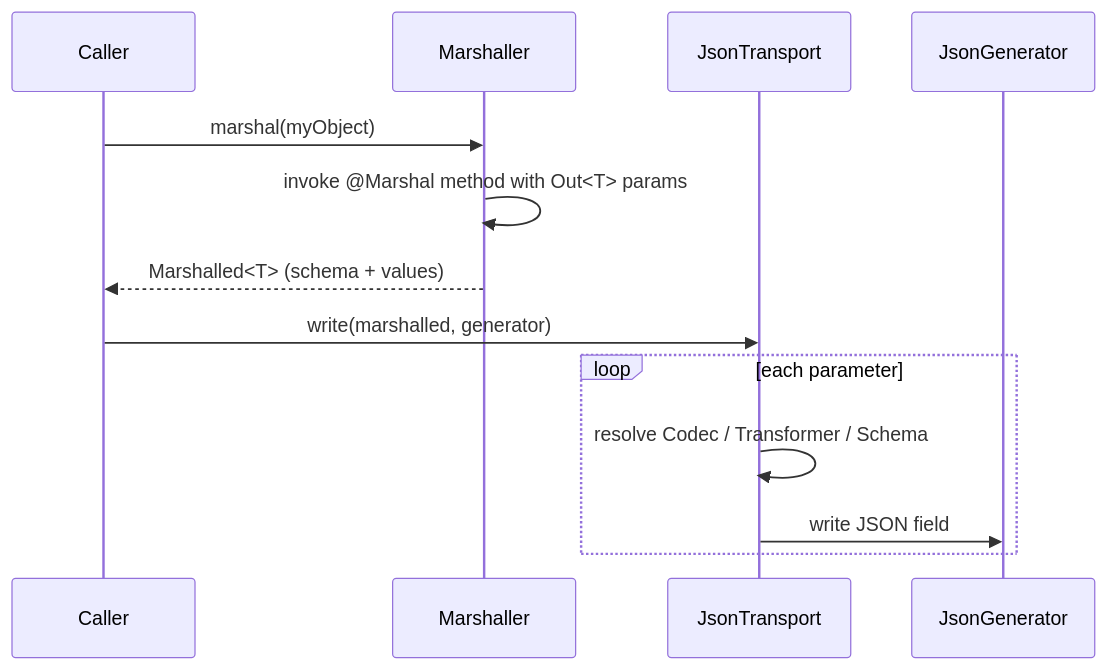
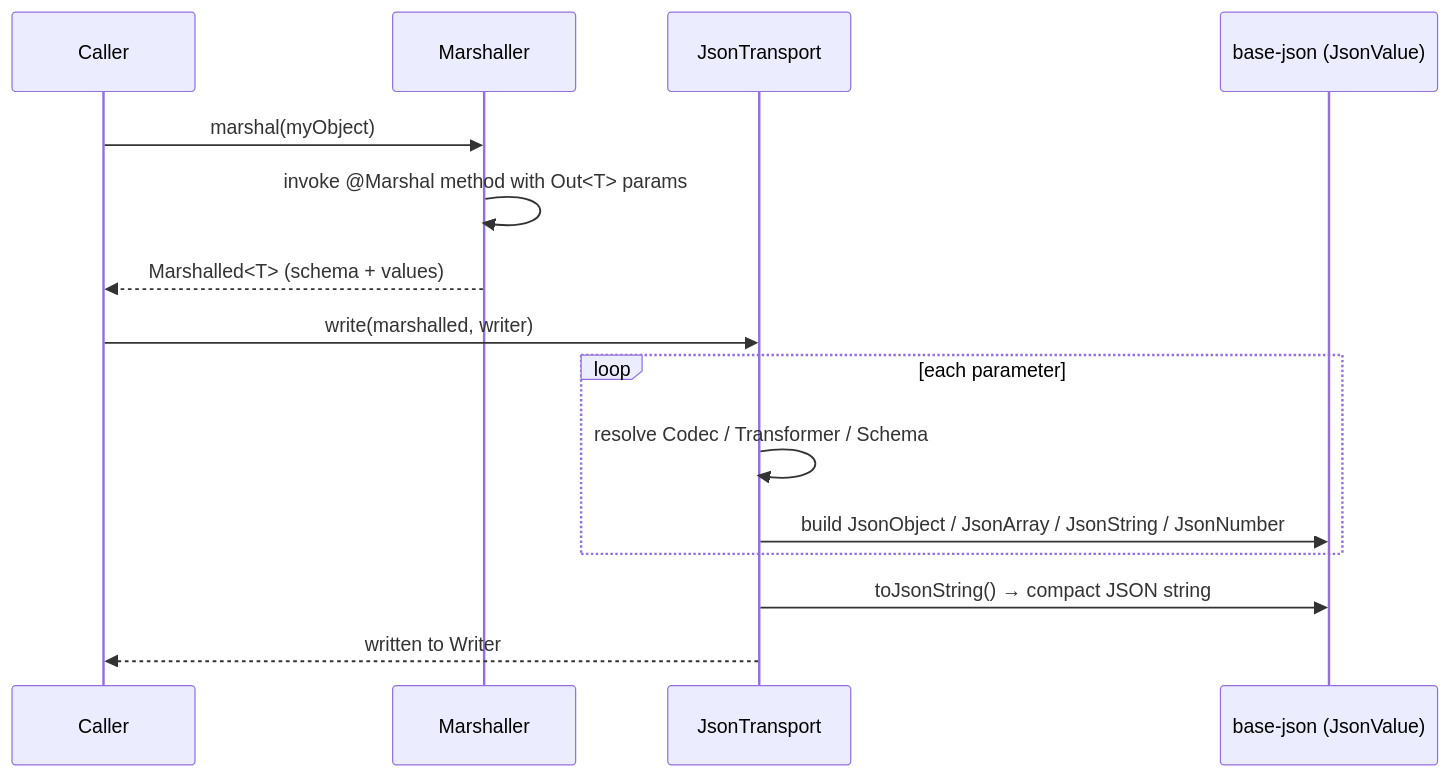
Before and after one commit to Workday/base.build: the second of 5 diagrams in docs/CODEBASE_MAP.md, drawn with Mermaid. The commit also changed other lines of this file and 1 other file, not shown here.

````diff
--- a/docs/CODEBASE_MAP.md
+++ b/docs/CODEBASE_MAP.md
@@ -894,17 +1010,19 @@
 ```mermaid
 sequenceDiagram
     participant C as Caller
     participant M as Marshaller
     participant J as JsonTransport
-    participant G as JsonGenerator
+    participant JV as base-json (JsonValue)
 
     C->>M: marshal(myObject)
     M->>M: invoke @Marshal method with Out<T> params
     M-->>C: Marshalled<T> (schema + values)
 
-    C->>J: write(marshalled, generator)
+    C->>J: write(marshalled, writer)
     loop each parameter
         J->>J: resolve Codec / Transformer / Schema
-        J->>G: write JSON field
+        J->>JV: build JsonObject / JsonArray / JsonString / JsonNumber
     end
+    J->>JV: toJsonString() → compact JSON string
+    J-->>C: written to Writer
 ```
````
